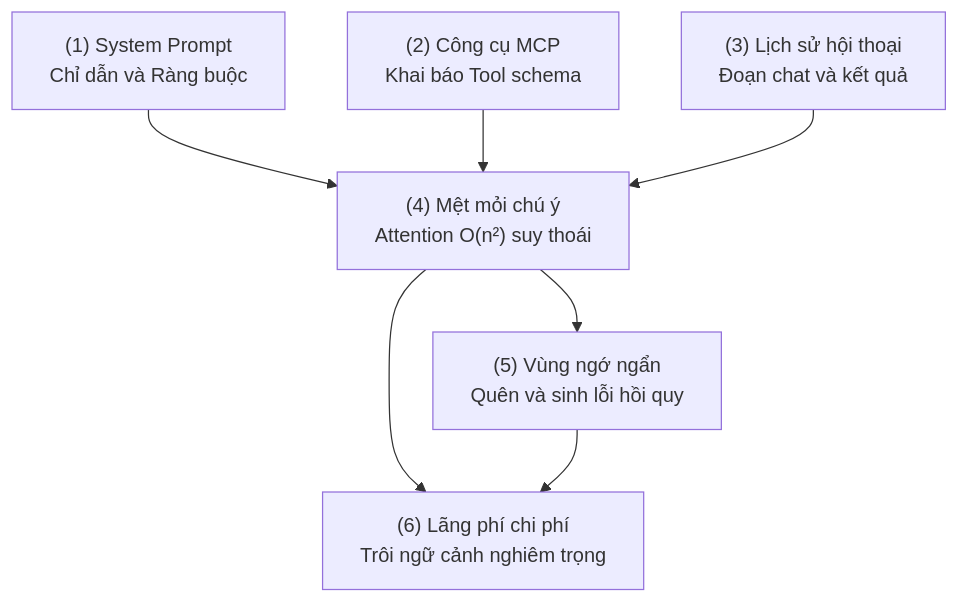
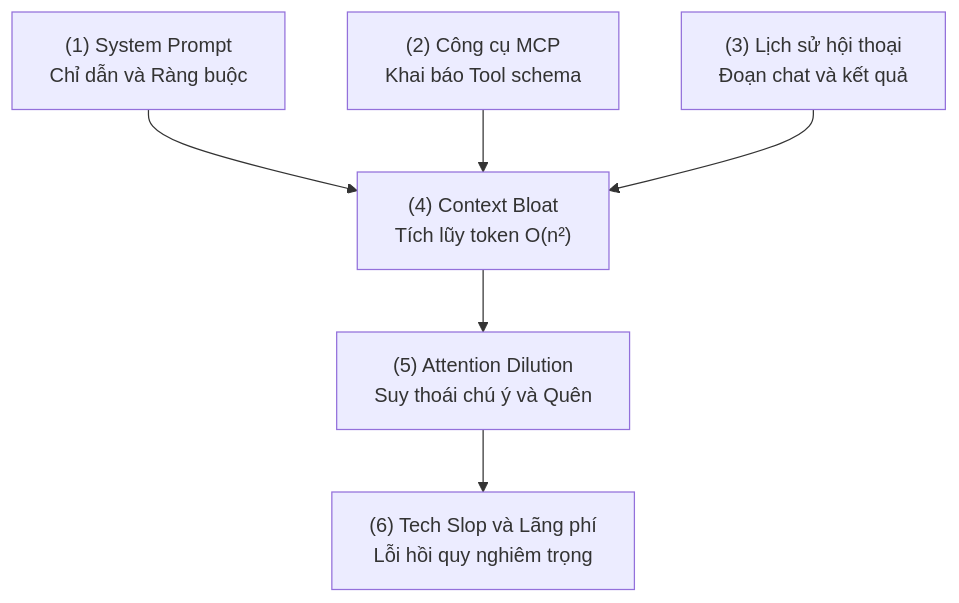
The first of 6 diagrams in content/posts/ky-nghe-phan-mem-ban-dia-ai-va-5-bai-hoc-lam-chu-ai-agents.md (nguyengoctin/my_website), drawn with Mermaid before and after one commit. The commit also changed other lines of this file and 19 other files, not shown here.

Commit message:
chore: implement Mermaid best-practice audit script, apply auto-fixes to posts, and adjust rendering configurations

````diff
--- a/content/posts/ky-nghe-phan-mem-ban-dia-ai-va-5-bai-hoc-lam-chu-ai-agents.md
+++ b/content/posts/ky-nghe-phan-mem-ban-dia-ai-va-5-bai-hoc-lam-chu-ai-agents.md
@@ -33,15 +33,14 @@
 ```mermaid
 flowchart TD
     Prompt["(1) System Prompt<br/>Chỉ dẫn và Ràng buộc"]
     Tools["(2) Công cụ MCP<br/>Khai báo Tool schema"]
     History["(3) Lịch sử hội thoại<br/>Đoạn chat và kết quả"]
-    Fatigue["(4) Mệt mỏi chú ý<br/>Attention O(n²) suy thoái"]
-    DumbZone["(5) Vùng ngớ ngẩn<br/>Quên và sinh lỗi hồi quy"]
-    CostWaste["(6) Lãng phí chi phí<br/>Trôi ngữ cảnh nghiêm trọng"]
-    Prompt --> Fatigue
-    Tools --> Fatigue
-    History --> Fatigue
-    Fatigue --> DumbZone
-    Fatigue --> CostWaste
-    DumbZone --> CostWaste
+    Bloat["(4) Context Bloat<br/>Tích lũy token O(n²)"]
+    Rot["(5) Attention Dilution<br/>Suy thoái chú ý và Quên"]
+    Waste["(6) Tech Slop và Lãng phí<br/>Lỗi hồi quy nghiêm trọng"]
+    Prompt --> Bloat
+    Tools --> Bloat
+    History --> Bloat
+    Bloat --> Rot
+    Rot --> Waste
 ```
````
